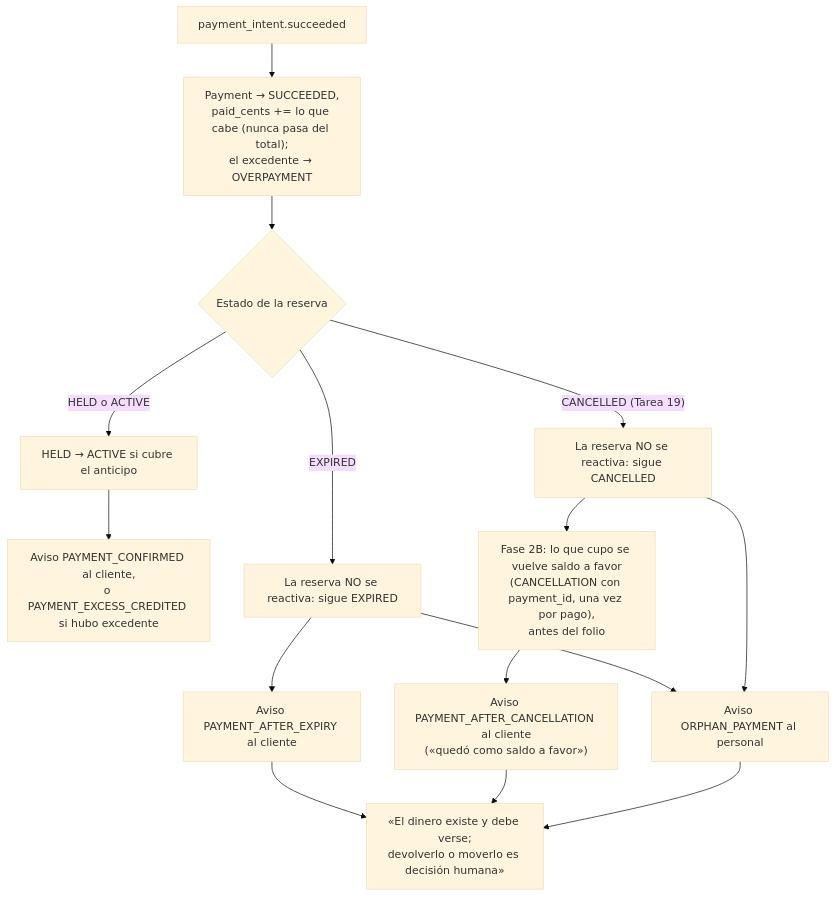
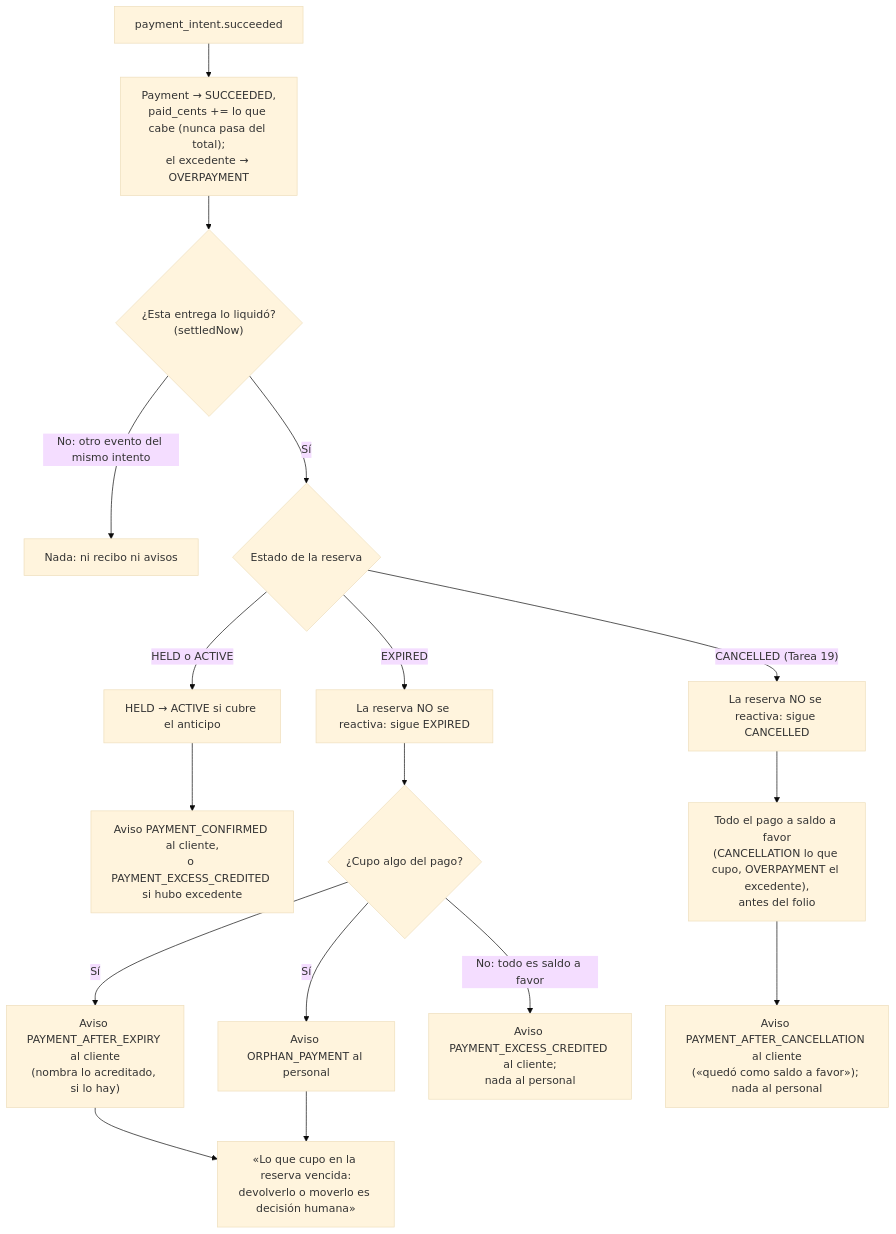
One commit to erickgs2/ruta_mochilera changed diagram 11 of 18 in docs/diagrams/payment-flow.md. Above: the diagram before and after it, drawn with Mermaid (base theme). The commit also changed other lines of this file and 12 other files, not shown here.

````diff
--- a/docs/diagrams/payment-flow.md
+++ b/docs/diagrams/payment-flow.md
@@ -306,17 +306,19 @@
 ```mermaid
 flowchart TD
     A["payment_intent.succeeded"] --> B["Payment → SUCCEEDED,<br/>paid_cents += lo que cabe (nunca pasa del total);<br/>el excedente → OVERPAYMENT"]
-    B --> C{"Estado de la reserva"}
+    B --> S{"¿Esta entrega lo liquidó?<br/>(settledNow)"}
+    S -- "No: otro evento del mismo intento" --> Z["Nada: ni recibo ni avisos"]
+    S -- Sí --> C{"Estado de la reserva"}
     C -- "HELD o ACTIVE" --> D["HELD → ACTIVE si cubre el anticipo"]
     D --> E["Aviso PAYMENT_CONFIRMED al cliente,<br/>o PAYMENT_EXCESS_CREDITED si hubo excedente"]
     C -- "EXPIRED" --> F["La reserva NO se reactiva: sigue EXPIRED"]
-    F --> G["Aviso PAYMENT_AFTER_EXPIRY al cliente"]
-    F --> H["Aviso ORPHAN_PAYMENT al personal"]
+    F --> Q{"¿Cupo algo del pago?"}
+    Q -- Sí --> G["Aviso PAYMENT_AFTER_EXPIRY al cliente<br/>(nombra lo acreditado, si lo hay)"]
+    Q -- Sí --> H["Aviso ORPHAN_PAYMENT al personal"]
+    Q -- "No: todo es saldo a favor" --> G3["Aviso PAYMENT_EXCESS_CREDITED al cliente;<br/>nada al personal"]
     C -- "CANCELLED (Tarea 19)" --> F2["La reserva NO se reactiva: sigue CANCELLED"]
-    F2 --> CR["Fase 2B: lo que cupo se vuelve saldo a favor<br/>(CANCELLATION con payment_id, una vez por pago),<br/>antes del folio"]
-    CR --> G2["Aviso PAYMENT_AFTER_CANCELLATION al cliente<br/>(«quedó como saldo a favor»)"]
-    F2 --> H
-    G --> I["«El dinero existe y debe verse;<br/>devolverlo o moverlo es decisión humana»"]
-    G2 --> I
+    F2 --> CR["Todo el pago a saldo a favor<br/>(CANCELLATION lo que cupo, OVERPAYMENT el excedente),<br/>antes del folio"]
+    CR --> G2["Aviso PAYMENT_AFTER_CANCELLATION al cliente<br/>(«quedó como saldo a favor»); nada al personal"]
+    G --> I["«Lo que cupo en la reserva vencida:<br/>devolverlo o moverlo es decisión humana»"]
     H --> I
 ```
````
